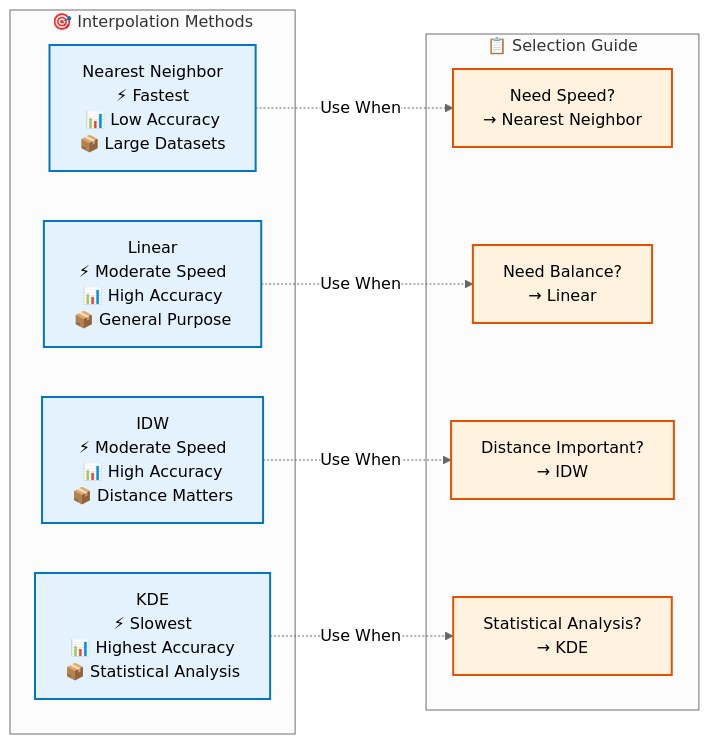
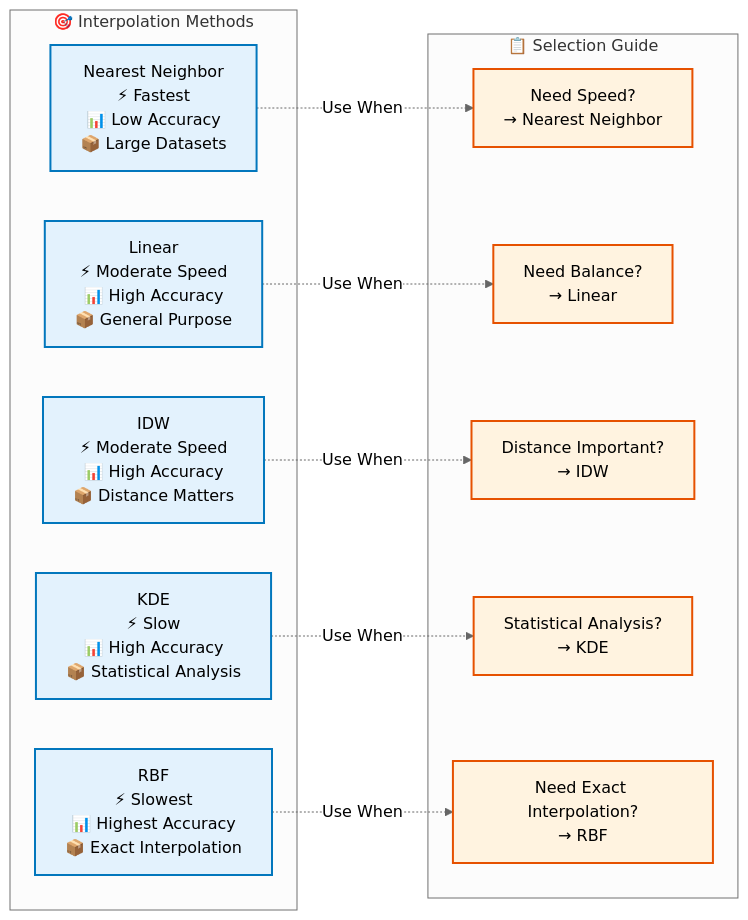
One commit to kanhaiya-gupta/AM-QADF changed the third of 3 diagrams in docs/AM_QADF/05-modules/signal-mapping.md. Above: the diagram before and after it, drawn with Mermaid (neutral theme). The commit also changed other lines of this file and 76 other files, not shown here.

````diff
--- a/docs/AM_QADF/05-modules/signal-mapping.md
+++ b/docs/AM_QADF/05-modules/signal-mapping.md
@@ -177,28 +184,31 @@
 ```mermaid
 graph LR
     subgraph Methods["🎯 Interpolation Methods"]
         NN["Nearest Neighbor<br/>⚡ Fastest<br/>📊 Low Accuracy<br/>📦 Large Datasets"]
         LIN["Linear<br/>⚡ Moderate Speed<br/>📊 High Accuracy<br/>📦 General Purpose"]
         IDW_M["IDW<br/>⚡ Moderate Speed<br/>📊 High Accuracy<br/>📦 Distance Matters"]
-        KDE_M["KDE<br/>⚡ Slowest<br/>📊 Highest Accuracy<br/>📦 Statistical Analysis"]
+        KDE_M["KDE<br/>⚡ Slow<br/>📊 High Accuracy<br/>📦 Statistical Analysis"]
+        RBF_M["RBF<br/>⚡ Slowest<br/>📊 Highest Accuracy<br/>📦 Exact Interpolation"]
     end
 
     subgraph Selection["📋 Selection Guide"]
         Fast["Need Speed?<br/>→ Nearest Neighbor"]
         Balanced["Need Balance?<br/>→ Linear"]
         Distance["Distance Important?<br/>→ IDW"]
         Statistical["Statistical Analysis?<br/>→ KDE"]
+        Exact["Need Exact Interpolation?<br/>→ RBF"]
     end
 
     NN -.->|Use When| Fast
     LIN -.->|Use When| Balanced
     IDW_M -.->|Use When| Distance
     KDE_M -.->|Use When| Statistical
+    RBF_M -.->|Use When| Exact
 
     %% Styling
     classDef method fill:#e3f2fd,stroke:#0277bd,stroke-width:2px
     classDef guide fill:#fff3e0,stroke:#e65100,stroke-width:2px
 
-    class NN,LIN,IDW_M,KDE_M method
-    class Fast,Balanced,Distance,Statistical guide
+    class NN,LIN,IDW_M,KDE_M,RBF_M method
+    class Fast,Balanced,Distance,Statistical,Exact guide
 ```
````
